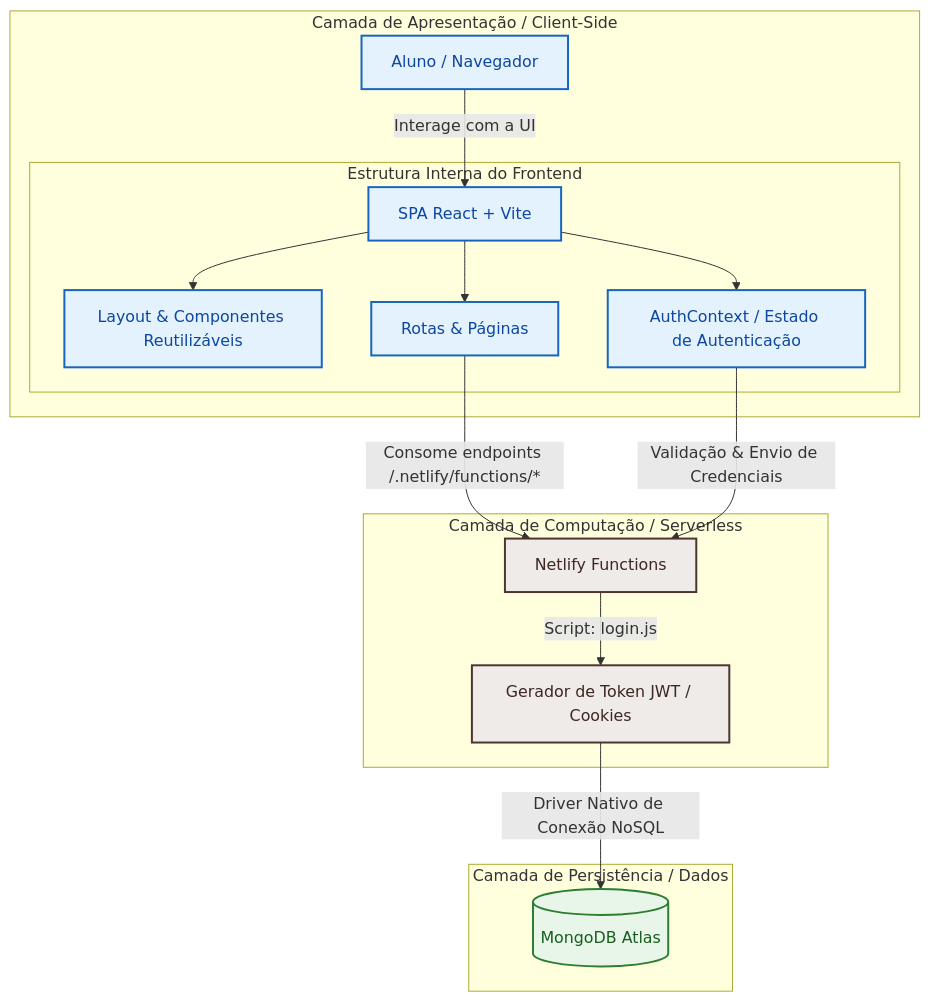
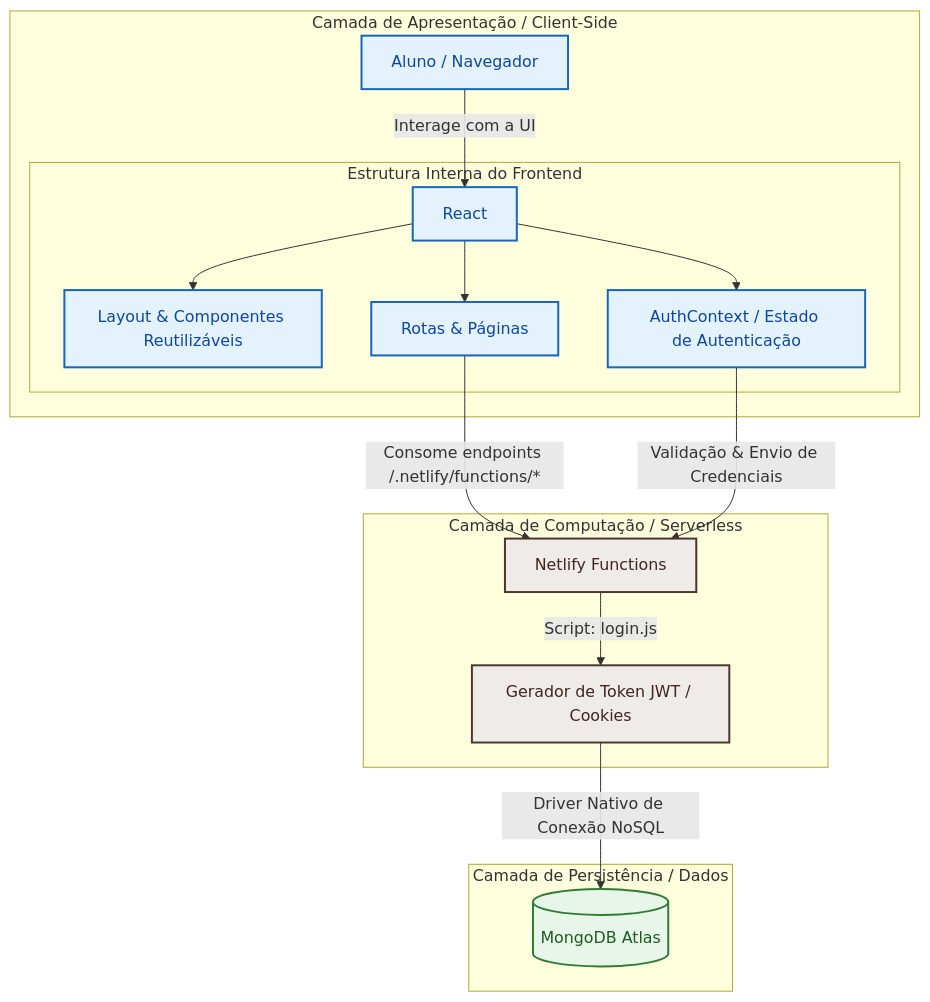
Before and after one commit to S1l45S/CID_UFS: the diagram in README.md, drawn with Mermaid.

````diff
--- a/README.md
+++ b/README.md
@@ -66,31 +66,31 @@
 ```mermaid
 graph TD
     subgraph Camada_Apresentacao [Camada de Apresentação / Client-Side]
-        A[Aluno / Navegador] -->|Interage com a UI| B[SPA React + Vite]
+        A[Aluno / Navegador] -->|Interage com a UI| B[React]
         
         subgraph Core_Frontend [Estrutura Interna do Frontend]
             B --> C[Layout & Componentes Reutilizáveis]
             B --> D[Rotas & Páginas]
             B --> E[AuthContext / Estado de Autenticação]
         end
     end
 
     subgraph Camada_Serverless [Camada de Computação / Serverless]
         D -->|Consome endpoints /.netlify/functions/*| F[Netlify Functions]
         E -->|Validação & Envio de Credenciais| F
         F -->|Script: login.js| G[Gerador de Token JWT / Cookies]
     end
 
     subgraph Camada_Dados [Camada de Persistência / Dados]
         G -->|Driver Nativo de Conexão NoSQL| H[(MongoDB Atlas)]
     end
 
     %% Estilização do Gráfico
     classDef frontend fill:#e3f2fd,stroke:#1565c0,stroke-width:2px,color:#0d47a1;
     classDef serverless fill:#efebe9,stroke:#4e342e,stroke-width:2px,color:#3e2723;
     classDef dados fill:#e8f5e9,stroke:#2e7d32,stroke-width:2px,color:#1b5e20;
     
     class A,B,C,D,E frontend;
     class F,G serverless;
     class H dados;
 ```
````
